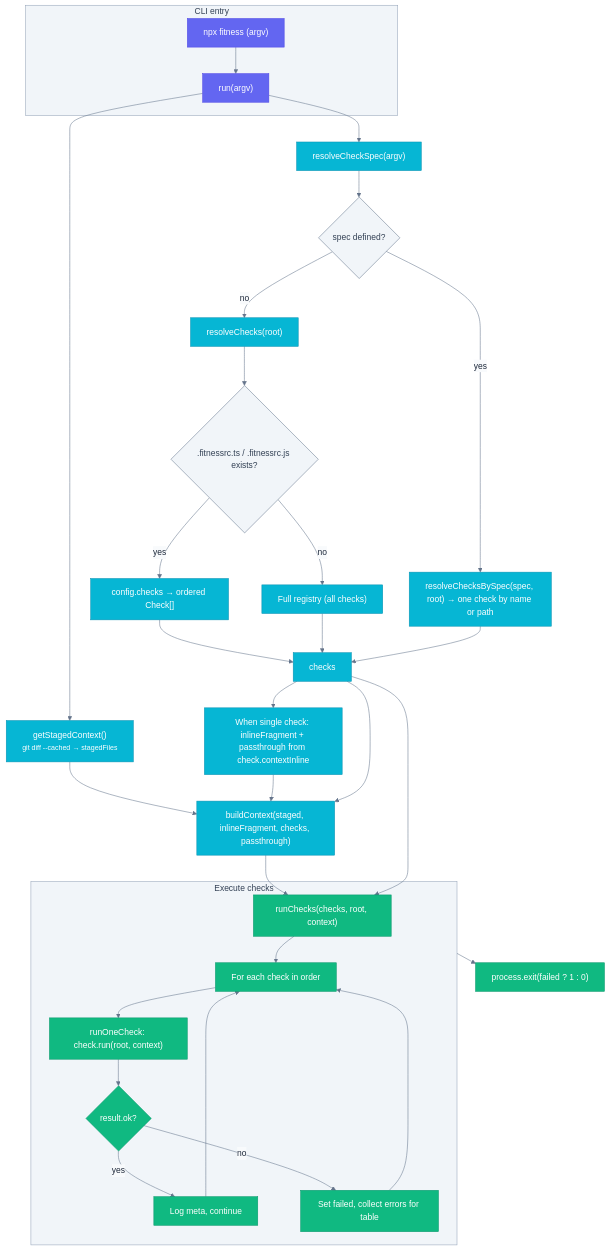
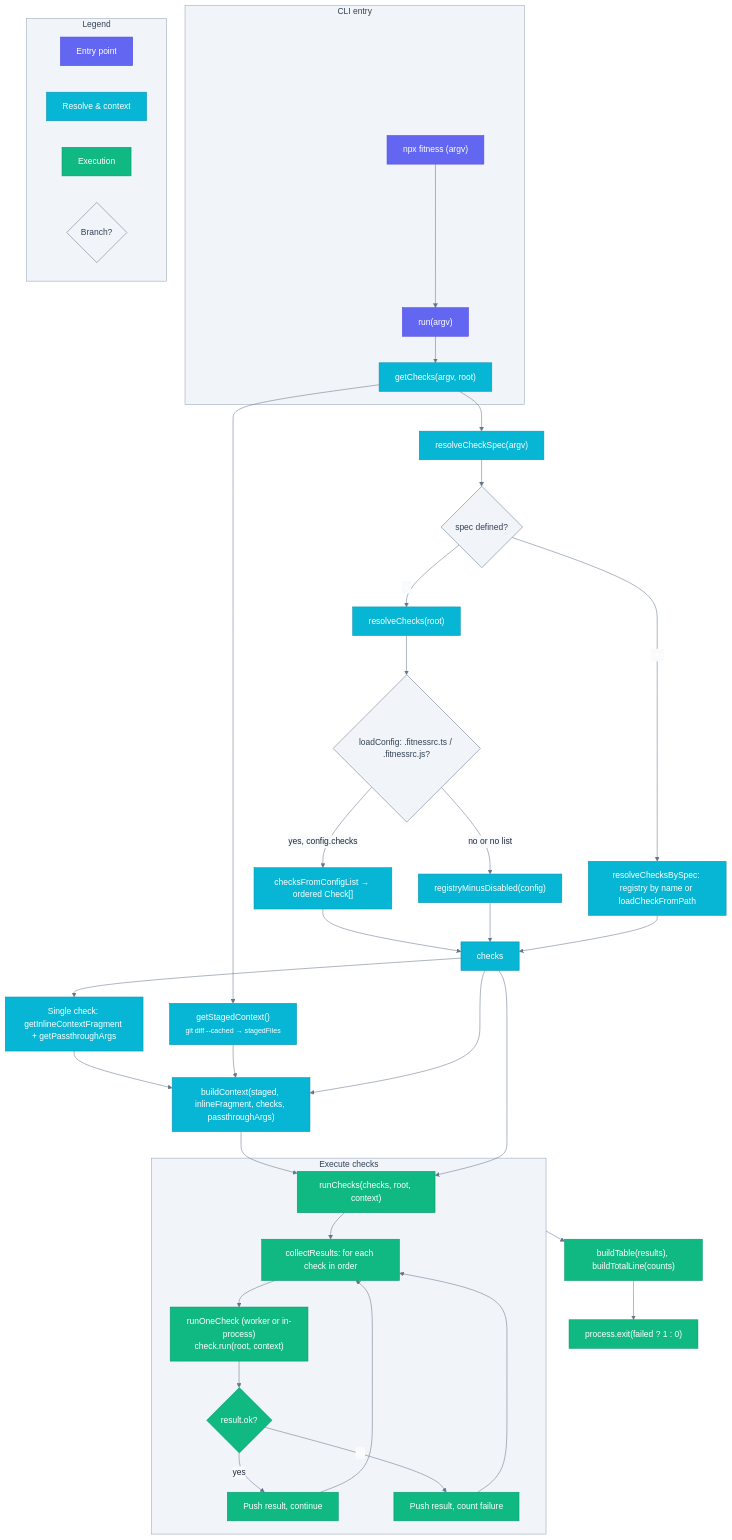
The second of 2 diagrams in README.md (may-journal/fitness-runner), drawn with Mermaid before and after one commit. The commit also changed other lines of this file and 24 other files, not shown here.

````diff
--- a/README.md
+++ b/README.md
@@ -94,69 +155,82 @@
 ```mermaid
 %%{init: {'theme':'base', 'themeVariables': {
   'primaryColor':'#6366f1',
   'primaryTextColor':'#fff',
   'primaryBorderColor':'#4f46e5',
   'secondaryColor':'#06b6d4',
   'secondaryTextColor':'#fff',
   'secondaryBorderColor':'#0891b2',
   'tertiaryColor':'#10b981',
   'tertiaryTextColor':'#fff',
   'tertiaryBorderColor':'#059669',
   'lineColor':'#64748b',
   'background':'#f8fafc',
   'mainBkg':'#e0e7ff',
   'clusterBkg':'#f1f5f9',
   'clusterBorder':'#94a3b8',
   'titleColor':'#334155',
   'textColor':'#1e293b',
   'labelColor':'#1e293b',
   'edgeLabelBackground':'#f8fafc',
   'nodeTextColor':'#1e293b',
   'fontFamily':'system-ui, sans-serif'
 }}}%%
 flowchart TD
   subgraph CLI["CLI entry"]
     A["npx fitness (argv)"]
     A --> B["run(argv)"]
+    B --> GetChecks["getChecks(argv, root)"]
   end
 
-  B --> F["resolveCheckSpec(argv)"]
+  GetChecks --> F["resolveCheckSpec(argv)"]
   F --> G{"spec defined?"}
   G -->|no| H["resolveChecks(root)"]
-  H --> I{".fitnessrc.ts / .fitnessrc.js exists?"}
-  I -->|yes| J["config.checks → ordered Check[]"]
-  I -->|no| K["Full registry (all checks)"]
-  G -->|yes| L["resolveChecksBySpec(spec, root) → one check by name or path"]
+  H --> I{"loadConfig: .fitnessrc.ts / .fitnessrc.js?"}
+  I -->|yes, config.checks| J["checksFromConfigList → ordered Check[]"]
+  I -->|no or no list| K["registryMinusDisabled(config)"]
+  G -->|yes| L["resolveChecksBySpec: registry by name or loadCheckFromPath"]
   J --> M["checks"]
   K --> M
   L --> M
-  B --> E["getStagedContext()<br/><small>git diff --cached → stagedFiles</small>"]
-  E --> N["buildContext(staged, inlineFragment, checks, passthrough)"]
-  M --> PassthroughArgs["When single check: inlineFragment + passthrough from check.contextInline"]
-  PassthroughArgs --> N
+  GetChecks --> E["getStagedContext()<br/><small>git diff --cached → stagedFiles</small>"]
+  M --> PassthroughArgs["Single check: getInlineContextFragment + getPassthroughArgs"]
+  PassthroughArgs --> N["buildContext(staged, inlineFragment, checks, passthroughArgs)"]
+  E --> N
   M --> N
   N --> O["runChecks(checks, root, context)"]
   M --> O
 
   subgraph Execute["Execute checks"]
-    O --> P["For each check in order"]
-    P --> Q["runOneCheck: check.run(root, context)"]
+    O --> P["collectResults: for each check in order"]
+    P --> Q["runOneCheck (worker or in-process)<br/>check.run(root, context)"]
     Q --> R{"result.ok?"}
-    R -->|yes| S["Log meta, continue"]
-    R -->|no| T["Set failed, collect errors for table"]
+    R -->|yes| S["Push result, continue"]
+    R -->|no| T["Push result, count failure"]
     S --> P
     T --> P
   end
 
-  Execute --> U["process.exit(failed ? 1 : 0)"]
+  Execute --> V["buildTable(results), buildTotalLine(counts)"]
+  V --> U["process.exit(failed ? 1 : 0)"]
+
+  subgraph Legend["Legend"]
+    L_cli["Entry point"]
+    L_resolve["Resolve & context"]
+    L_execute["Execution"]
+    L_decision{"Branch?"}
+  end
 
   linkStyle 3,5,6,7,21,22 stroke:#64748b,color:#1e293b
   classDef cli fill:#6366f1,stroke:#4f46e5,color:#fff
   classDef resolve fill:#06b6d4,stroke:#0891b2,color:#fff
   classDef execute fill:#10b981,stroke:#059669,color:#fff
   classDef decision fill:#f1f5f9,stroke:#64748b,color:#334155
   class A,B cli
-  class PassthroughArgs,E,F,G,H,I,J,K,L,M,N resolve
-  class O,P,Q,R,S,T,U execute
+  class GetChecks,PassthroughArgs,E,F,G,H,I,J,K,L,M,N resolve
+  class O,P,Q,R,S,T,V,U execute
   class G,I decision
+  class L_cli cli
+  class L_resolve resolve
+  class L_execute execute
+  class L_decision decision
 ```
````
